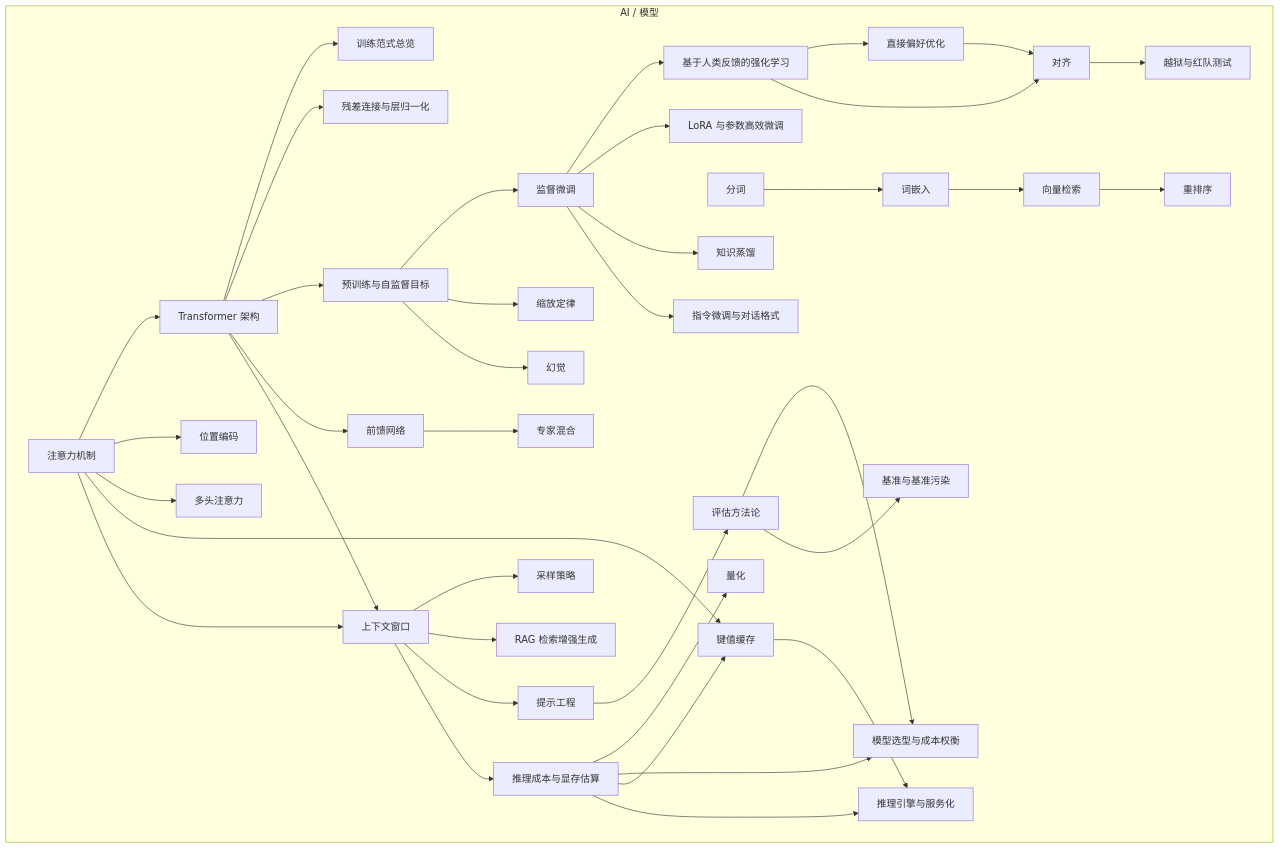
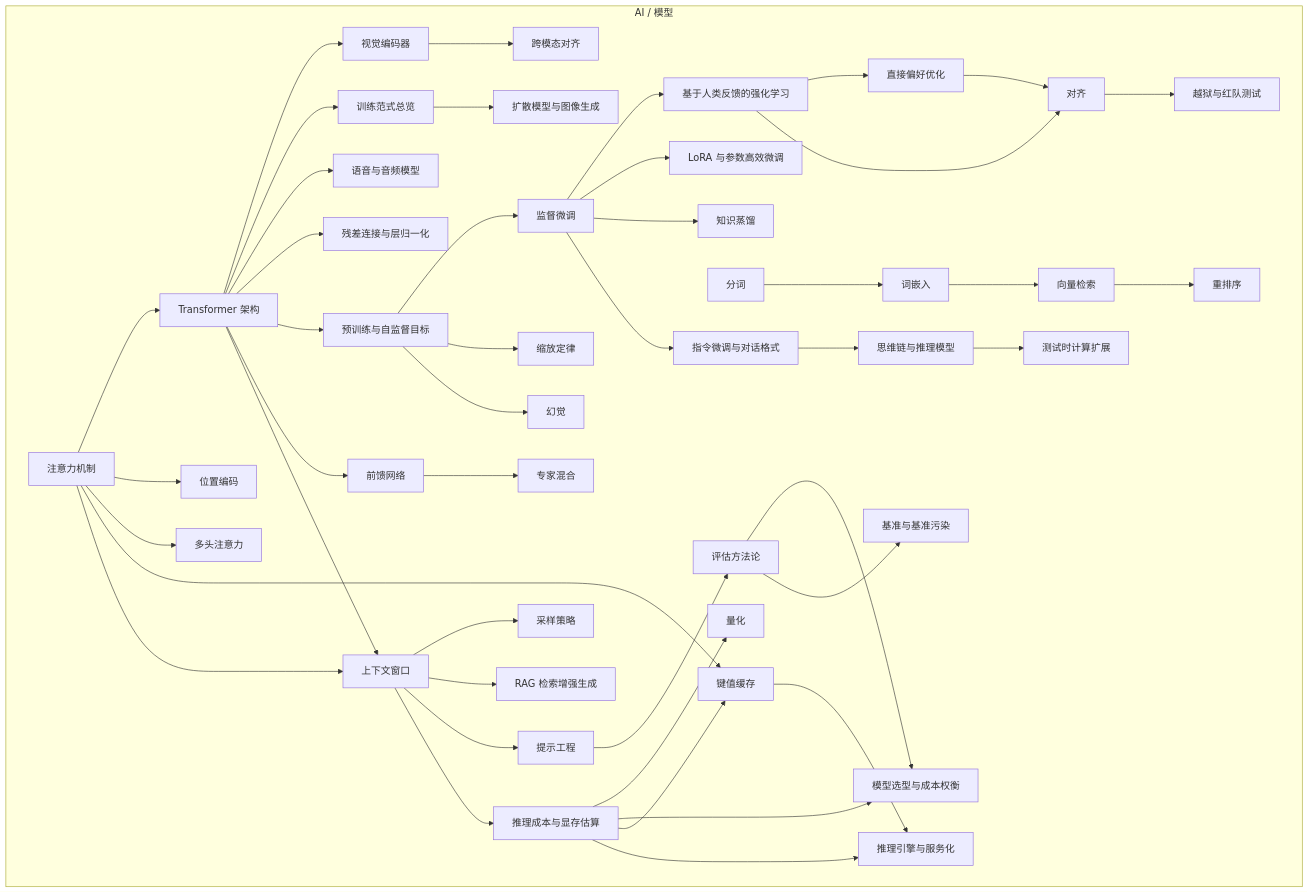
One commit to paike309/concept-atlas changed the diagram in maps/ai.md. Above: the diagram before and after it, drawn with Mermaid. The commit also changed other lines of this file and 38 other files, not shown here.

````diff
--- a/maps/ai.md
+++ b/maps/ai.md
@@ -14,7 +14,10 @@
     n_alignment["对齐"]
     n_attention_mechanism["注意力机制"]
     n_benchmarks["基准与基准污染"]
+    n_chain_of_thought_and_reasoning["思维链与推理模型"]
     n_context_window["上下文窗口"]
+    n_cross_modal_alignment["跨模态对齐"]
+    n_diffusion_models["扩散模型与图像生成"]
     n_dpo["直接偏好优化"]
     n_embedding["词嵌入"]
     n_evaluation["评估方法论"]
@@ -41,16 +44,22 @@
     n_sampling["采样策略"]
     n_scaling_laws["缩放定律"]
     n_sft["监督微调"]
+    n_speech_and_audio_models["语音与音频模型"]
+    n_test_time_compute["测试时计算扩展"]
     n_tokenization["分词"]
     n_training_paradigms["训练范式总览"]
     n_transformer["Transformer 架构"]
     n_vector_search["向量检索"]
+    n_vision_encoder["视觉编码器"]
     end
     n_rlhf --> n_alignment
     n_dpo --> n_alignment
     n_evaluation --> n_benchmarks
+    n_instruction_tuning --> n_chain_of_thought_and_reasoning
     n_attention_mechanism --> n_context_window
     n_transformer --> n_context_window
+    n_vision_encoder --> n_cross_modal_alignment
+    n_training_paradigms --> n_diffusion_models
     n_rlhf --> n_dpo
     n_tokenization --> n_embedding
     n_prompt_engineering --> n_evaluation
@@ -80,7 +89,10 @@
     n_context_window --> n_sampling
     n_pretraining --> n_scaling_laws
     n_pretraining --> n_sft
+    n_transformer --> n_speech_and_audio_models
+    n_chain_of_thought_and_reasoning --> n_test_time_compute
     n_transformer --> n_training_paradigms
     n_attention_mechanism --> n_transformer
     n_embedding --> n_vector_search
+    n_transformer --> n_vision_encoder
 ```
````
